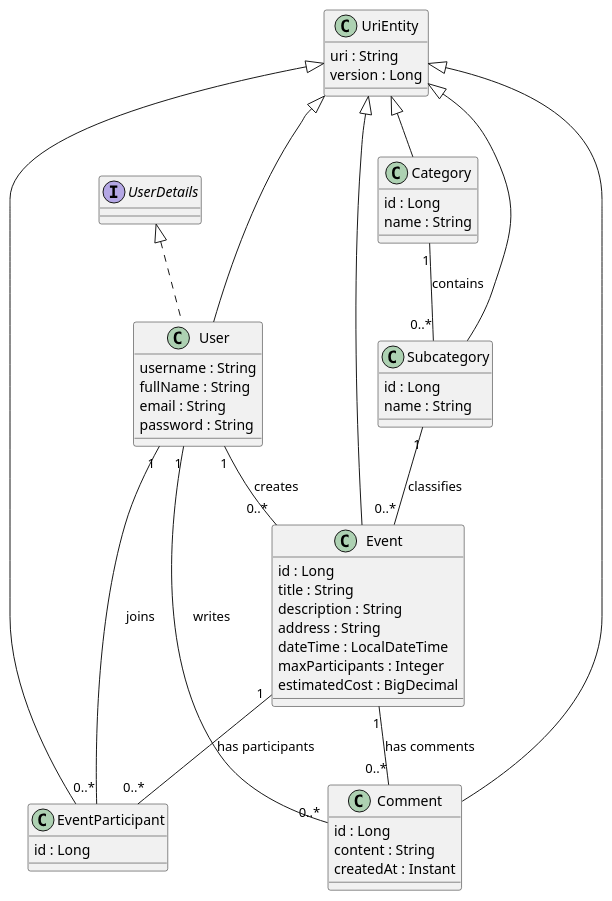
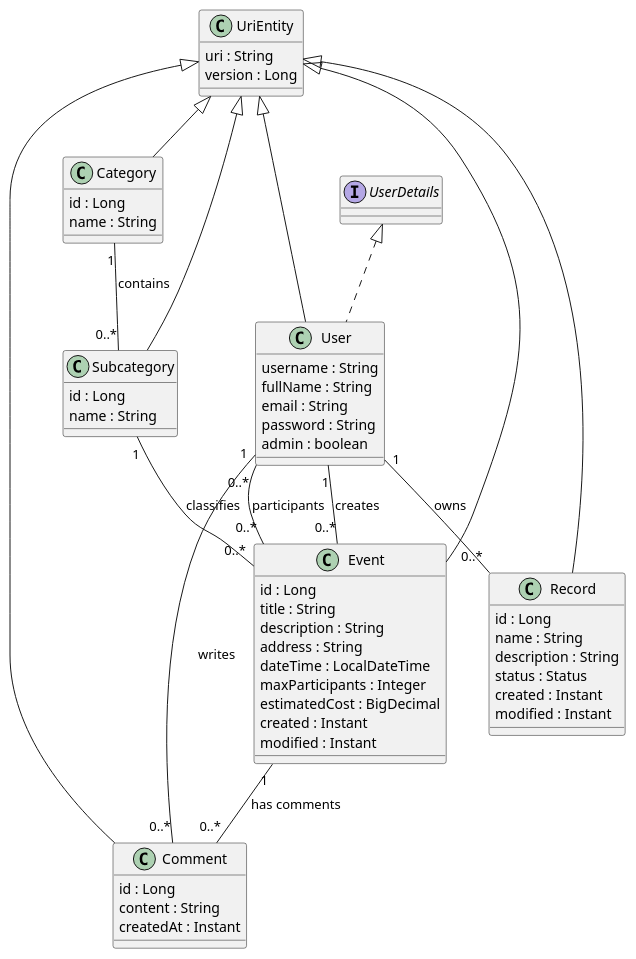
One commit to UdL-EPS-SoftArch/spring-template changed the diagram in EntitiesModel.puml. Above: the diagram before and after it, drawn with PlantUML. The commit also changed 7 other files, not shown here.

```diff
--- a/EntitiesModel.puml
+++ b/EntitiesModel.puml
@@ -1,53 +1,61 @@
 @startuml
 
 class User extends UriEntity implements UserDetails {
   username : String
   fullName : String
   email : String
   password : String
+  admin : boolean
 }
 
 class Category extends UriEntity {
   id : Long
   name : String
 }
 
 class Subcategory extends UriEntity {
   id : Long
   name : String
 }
 
 class Event extends UriEntity {
   id : Long
   title : String
   description : String
   address : String
   dateTime : LocalDateTime
   maxParticipants : Integer
   estimatedCost : BigDecimal
+  created : Instant
+  modified : Instant
 }
 
-class EventParticipant extends UriEntity {
+class Record extends UriEntity {
   id : Long
+  name : String
+  description : String
+  status : Status
+  created : Instant
+  modified : Instant
 }
 
 class Comment extends UriEntity {
   id : Long
   content : String
   createdAt : Instant
 }
 
 class UriEntity {
   uri : String
   version : Long
 }
 
 Category "1" -- "0..*" Subcategory : contains
 Subcategory "1" -- "0..*" Event : classifies
 User "1" -- "0..*" Event : creates
-Event "1" -- "0..*" EventParticipant : has participants
-User "1" -- "0..*" EventParticipant : joins
+Event "0..*" -- "0..*" User : participants
 Event "1" -- "0..*" Comment : has comments
 User "1" -- "0..*" Comment : writes
+User "1" -- "0..*" Record : owns
 
 @enduml
```
